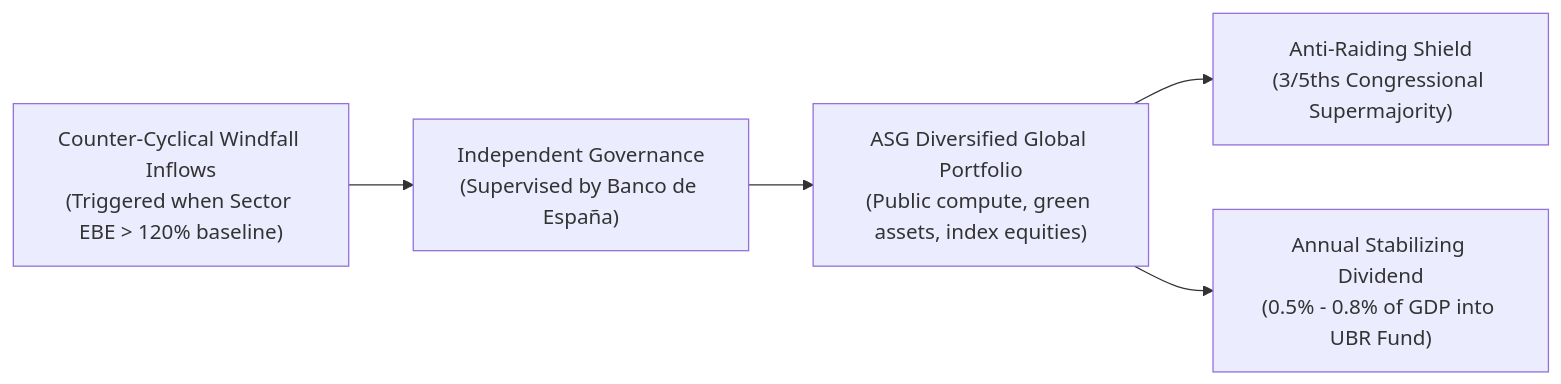
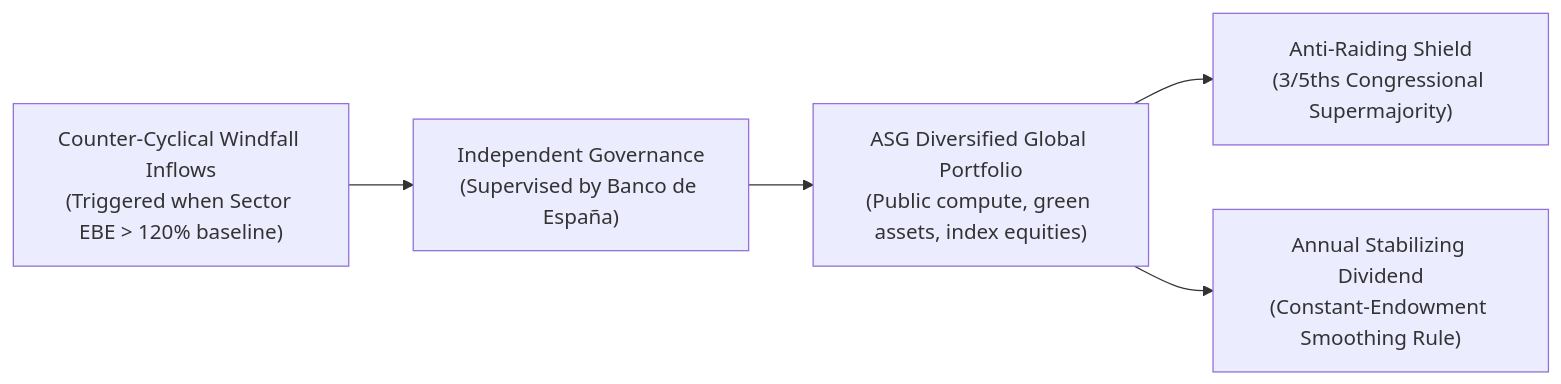
The third of 3 diagrams in paper/ch04-fiscal-architecture-ai-rent-capture.md (jbernax/renta-basica-universal-ubr), drawn with Mermaid before and after one commit. The commit also changed other lines of this file and 33 other files, not shown here.

````diff
--- a/paper/ch04-fiscal-architecture-ai-rent-capture.md
+++ b/paper/ch04-fiscal-architecture-ai-rent-capture.md
@@ -130,13 +140,13 @@
 ```mermaid
 flowchart LR
     Windfall["Counter-Cyclical Windfall Inflows<br/>(Triggered when Sector EBE > 120% baseline)"]
     BdE["Independent Governance<br/>(Supervised by Banco de España)"]
     Portfolio["ASG Diversified Global Portfolio<br/>(Public compute, green assets, index equities)"]
     Shield["Anti-Raiding Shield<br/>(3/5ths Congressional Supermajority)"]
-    Dividend["Annual Stabilizing Dividend<br/>(0.5% - 0.8% of GDP into UBR Fund)"]
+    Dividend["Annual Stabilizing Dividend<br/>(Constant-Endowment Smoothing Rule)"]
 
     Windfall --> BdE
     BdE --> Portfolio
     Portfolio --> Shield
     Portfolio --> Dividend
 ```
````
